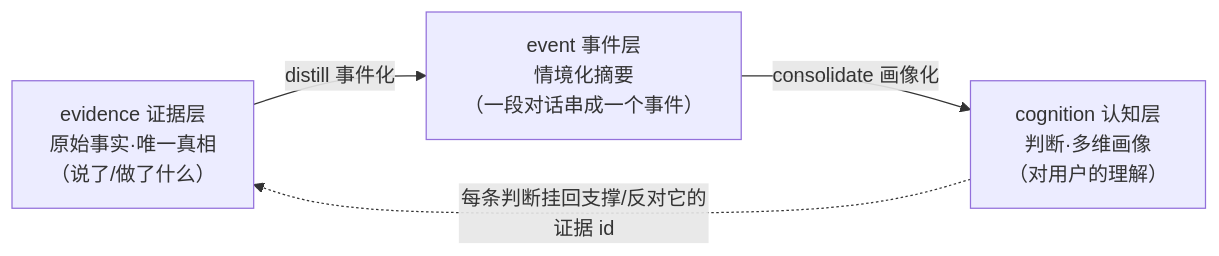
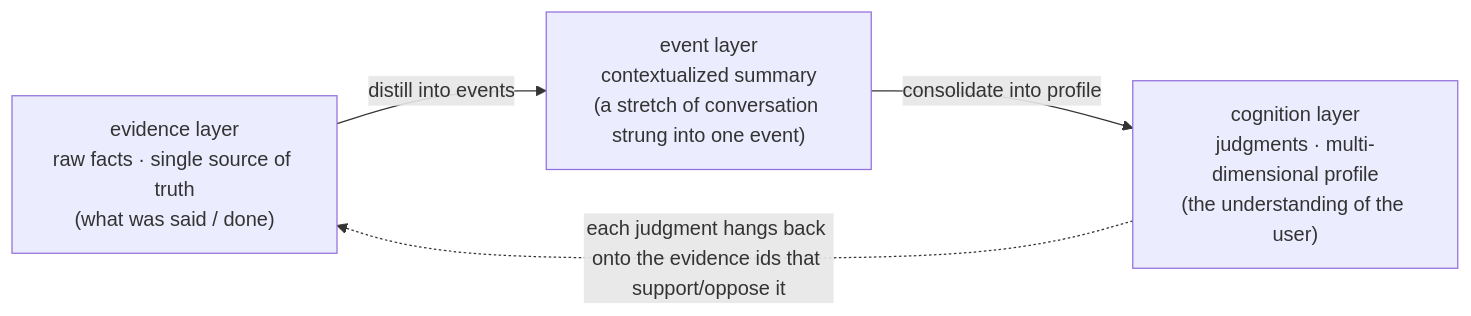
One commit to kestercarroll702-gif/memoweft changed the first of 4 diagrams in docs/architecture.md. Above: the diagram before and after it, drawn with Mermaid. The commit also changed other lines of this file and 1 other file, not shown here.

First line of the commit message:
docs(architecture): 英文化 architecture（英文主 + 中文 .zh-CN 降级同步）

````diff
--- a/docs/architecture.md
+++ b/docs/architecture.md
@@ -30,9 +32,9 @@
 ```mermaid
 flowchart LR
-  E["evidence 证据层<br/>原始事实·唯一真相<br/>（说了/做了什么）"]
-  V["event 事件层<br/>情境化摘要<br/>（一段对话串成一个事件）"]
-  C["cognition 认知层<br/>判断·多维画像<br/>（对用户的理解）"]
-  E -->|"distill 事件化"| V
-  V -->|"consolidate 画像化"| C
-  C -.->|"每条判断挂回支撑/反对它的证据 id"| E
+  E["evidence layer<br/>raw facts · single source of truth<br/>(what was said / done)"]
+  V["event layer<br/>contextualized summary<br/>(a stretch of conversation strung into one event)"]
+  C["cognition layer<br/>judgments · multi-dimensional profile<br/>(the understanding of the user)"]
+  E -->|"distill into events"| V
+  V -->|"consolidate into profile"| C
+  C -.->|"each judgment hangs back onto the evidence ids that support/oppose it"| E
 ```
````
